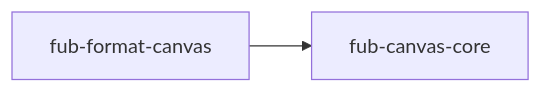
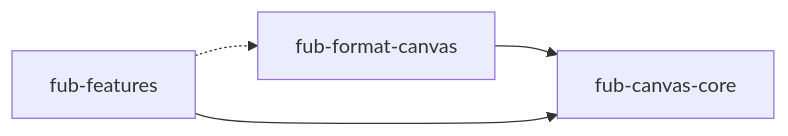
Before and after one commit to Fubeo/Fub: the fourth of 5 diagrams in docs/architecture/overview.md, drawn with Mermaid. The commit also changed other lines of this file and 1 other file, not shown here.

````diff
--- a/docs/architecture/overview.md
+++ b/docs/architecture/overview.md
@@ -228,10 +228,13 @@
 ```mermaid
 flowchart LR
     %% @grafo-dipendenze
     %% Il seguito del grafo: il nucleo della lavagna e i suoi clienti.
 
     canvas["fub-format-canvas"]
     canvascore["fub-canvas-core"]
+    features["fub-features"]
 
     canvas --> canvascore
+    features --> canvascore
+    features -.-> canvas
 ```
````
